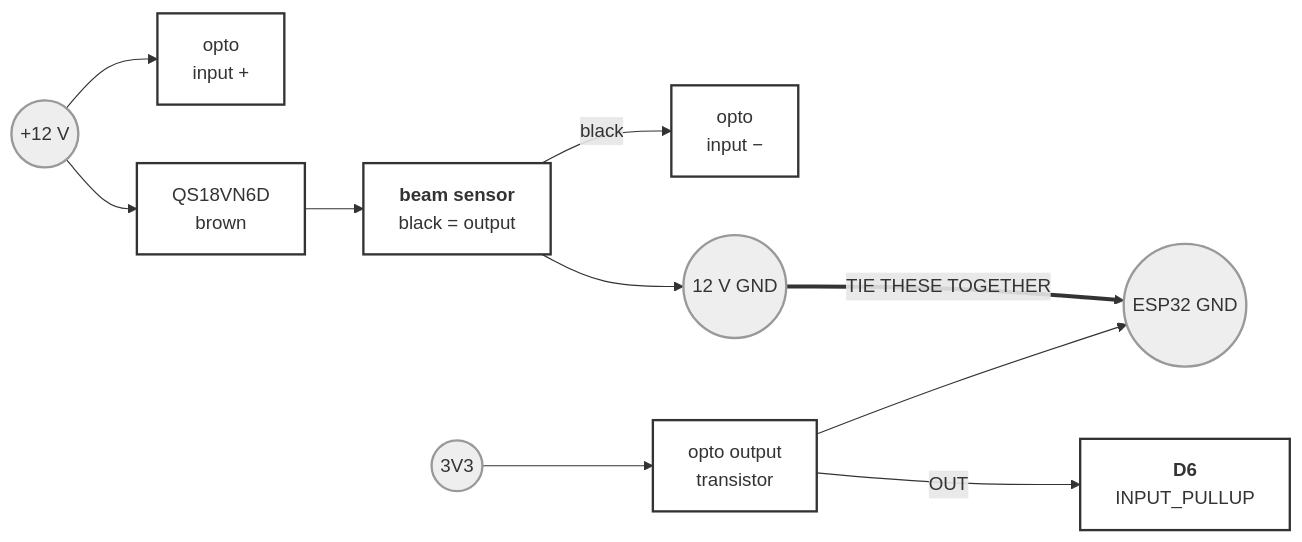
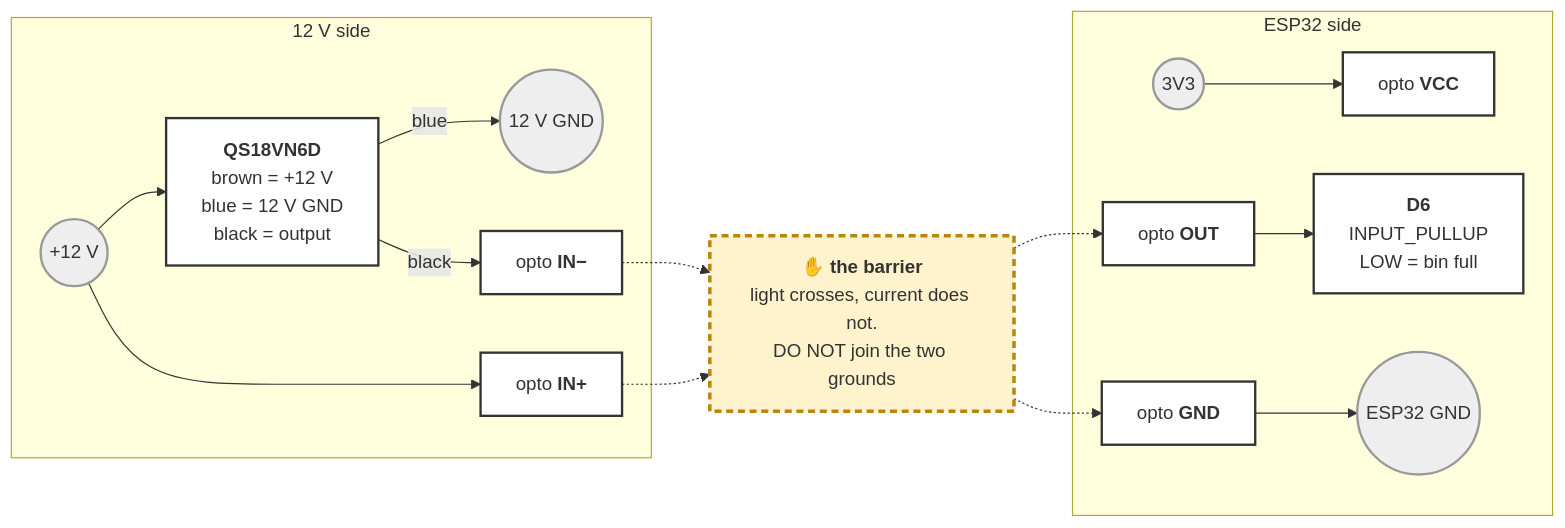
Before and after one commit to jeff-engineers/dustgate: the first of 4 diagrams in firmware/wiring/collector-node.md, drawn with Mermaid. The commit also changed other lines of this file and 1 other file, not shown here.

First line of the commit message:
Do NOT tie the two grounds — the opto was being shorted out

````diff
--- a/firmware/wiring/collector-node.md
+++ b/firmware/wiring/collector-node.md
@@ -62,14 +70,22 @@
 ```mermaid
 flowchart LR
-  P12(("+12 V")):::rail --> QSB["QS18VN6D<br/>brown"]:::node
-  QSB --> QS["<b>beam sensor</b><br/>black = output"]:::node
-  QS --> G12(("12 V GND")):::rail
-  QS -- "black" --> OI["opto<br/>input −"]:::node
-  P12 --> OIP["opto<br/>input +"]:::node
-  OO["opto output<br/>transistor"]:::node -- "OUT" --> D6["<b>D6</b><br/>INPUT_PULLUP"]:::node
-  V3(("3V3")):::rail --> OO
-  OO --> GE(("ESP32 GND")):::rail
-  G12 == "TIE THESE TOGETHER" ==> GE
+  subgraph TWELVE["12 V side"]
+    P12(("+12 V")):::rail --> QS["<b>QS18VN6D</b><br/>brown = +12 V<br/>blue = 12 V GND<br/>black = output"]:::node
+    QS -- "blue" --> G12(("12 V GND")):::rail
+    QS -- "black" --> IN["opto <b>IN−</b>"]:::node
+    P12 --> INP["opto <b>IN+</b>"]:::node
+  end
+  subgraph ESP["ESP32 side"]
+    V3(("3V3")):::rail --> OPTO["opto <b>VCC</b>"]:::node
+    OUT["opto <b>OUT</b>"]:::node --> D6["<b>D6</b><br/>INPUT_PULLUP<br/>LOW = bin full"]:::node
+    OPTO2["opto <b>GND</b>"]:::node --> GE(("ESP32 GND")):::rail
+  end
+  IN -.-> BARRIER
+  INP -.-> BARRIER
+  BARRIER["✋ <b>the barrier</b><br/>light crosses, current does not.<br/>DO NOT join the two grounds"]:::barrier
+  BARRIER -.-> OUT
+  BARRIER -.-> OPTO2
   classDef rail fill:#eee,stroke:#999
   classDef node fill:#fff,stroke:#333,stroke-width:2px
+  classDef barrier fill:#fff3cd,stroke:#b8860b,stroke-width:3px,stroke-dasharray: 6 4
 ```
````
